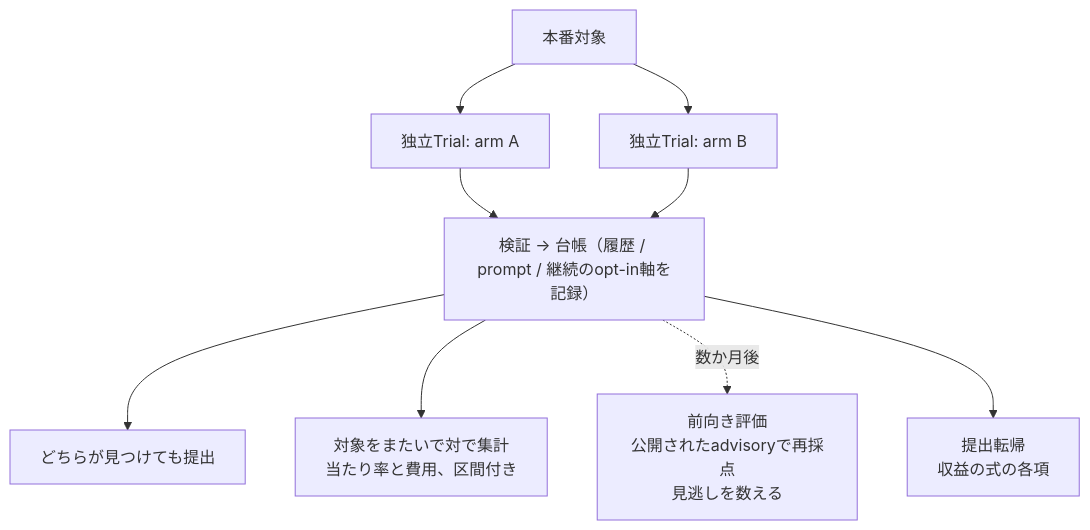
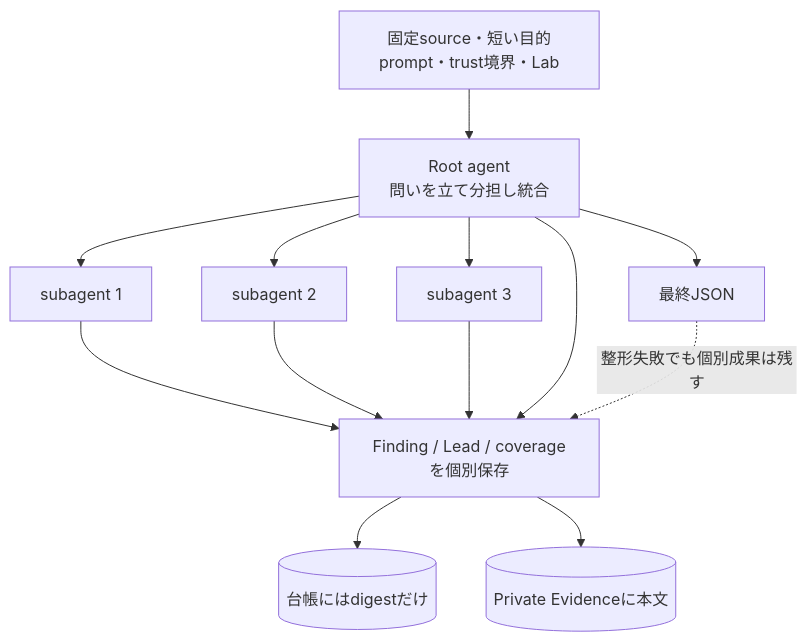
The third of 5 diagrams in docs/ARCHITECTURE.md (momoponwork1415-lgtm/wordpress-bounty-harness), drawn with Mermaid before and after one commit. The commit also changed other lines of this file and 19 other files, not shown here.

````diff
--- a/docs/ARCHITECTURE.md
+++ b/docs/ARCHITECTURE.md
@@ -137,10 +43,13 @@
 ```mermaid
 flowchart TB
-  T[本番対象] --> A[独立Trial: arm A]
-  T --> B[独立Trial: arm B]
-  A & B --> V[検証 → 台帳（履歴 / prompt / 継続のopt-in軸を記録）]
-  V --> SUB[どちらが見つけても提出]
-  V --> CMP[対象をまたいで対で集計<br/>当たり率と費用、区間付き]
-  V -.数か月後.-> PRO[前向き評価<br/>公開されたadvisoryで再採点<br/>見逃しを数える]
-  V --> OUT[提出転帰<br/>収益の式の各項]
+  INPUT[固定source・短い目的prompt・trust境界・Lab] --> ROOT[Root agent<br/>問いを立て分担し統合]
+  ROOT --> A[subagent 1]
+  ROOT --> B[subagent 2]
+  ROOT --> C[subagent 3]
+  A & B & C --> RESULTS[Finding / Lead / coverageを個別保存]
+  ROOT --> RESULTS
+  RESULTS --> LEDGER[(台帳にはdigestだけ)]
+  RESULTS --> PRIVATE[(Private Evidenceに本文)]
+  ROOT --> FINAL[最終JSON]
+  FINAL -.整形失敗でも個別成果は残す.-> RESULTS
 ```
````
